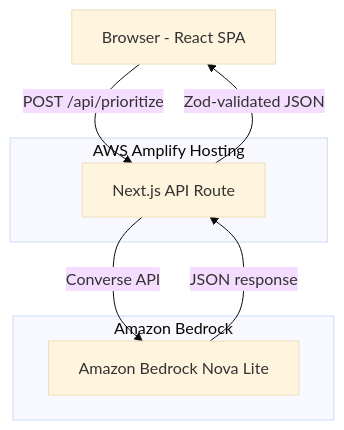
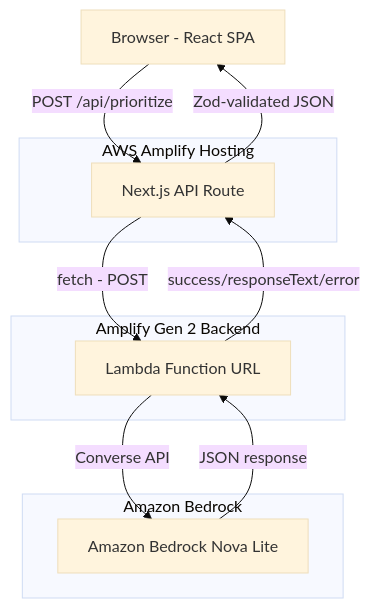
One commit to rondamstra/deadlineforge-ai changed the first of 2 diagrams in .kiro/specs/deadlineforge-ai/design.md. Above: the diagram before and after it, drawn with Mermaid (base theme). The commit also changed other lines of this file and 3 other files, not shown here.

````diff
--- a/.kiro/specs/deadlineforge-ai/design.md
+++ b/.kiro/specs/deadlineforge-ai/design.md
@@ -11,15 +13,21 @@
 ```mermaid
 graph TD
     A[Browser - React SPA] -->|POST /api/prioritize| B[Next.js API Route]
-    B -->|Converse API| C[Amazon Bedrock Nova Lite]
-    C -->|JSON response| B
+    B -->|fetch - POST| C[Lambda Function URL]
+    C -->|Converse API| D[Amazon Bedrock Nova Lite]
+    D -->|JSON response| C
+    C -->|success/responseText/error| B
     B -->|Zod-validated JSON| A
 
     subgraph AWS Amplify Hosting
         B
     end
 
-    subgraph Amazon Bedrock
+    subgraph Amplify Gen 2 Backend
         C
     end
+
+    subgraph Amazon Bedrock
+        D
+    end
 ```
````
